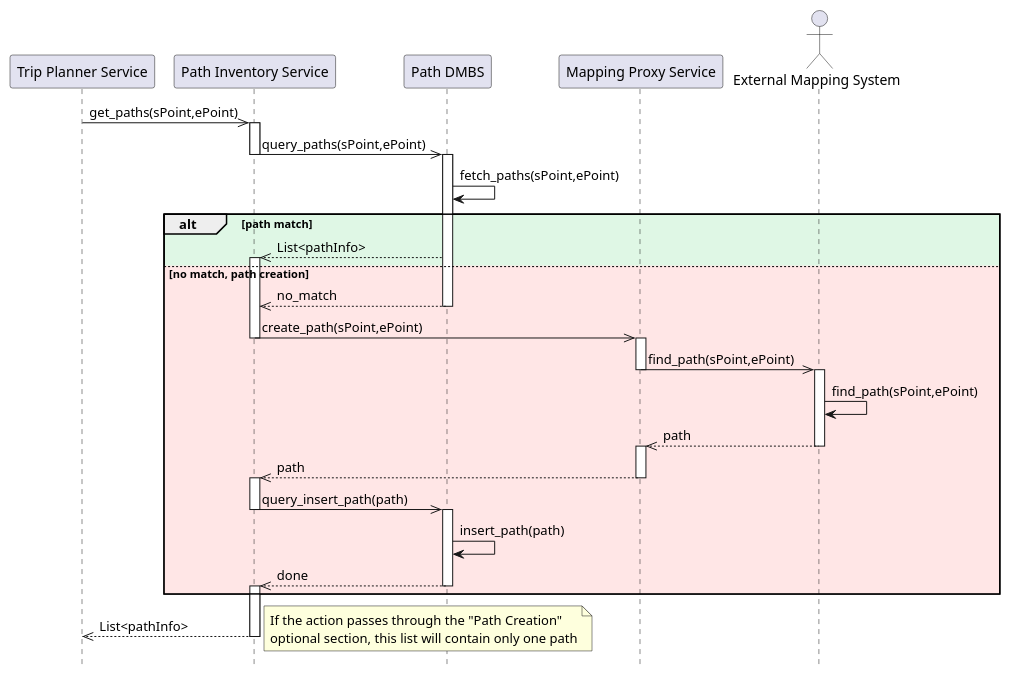
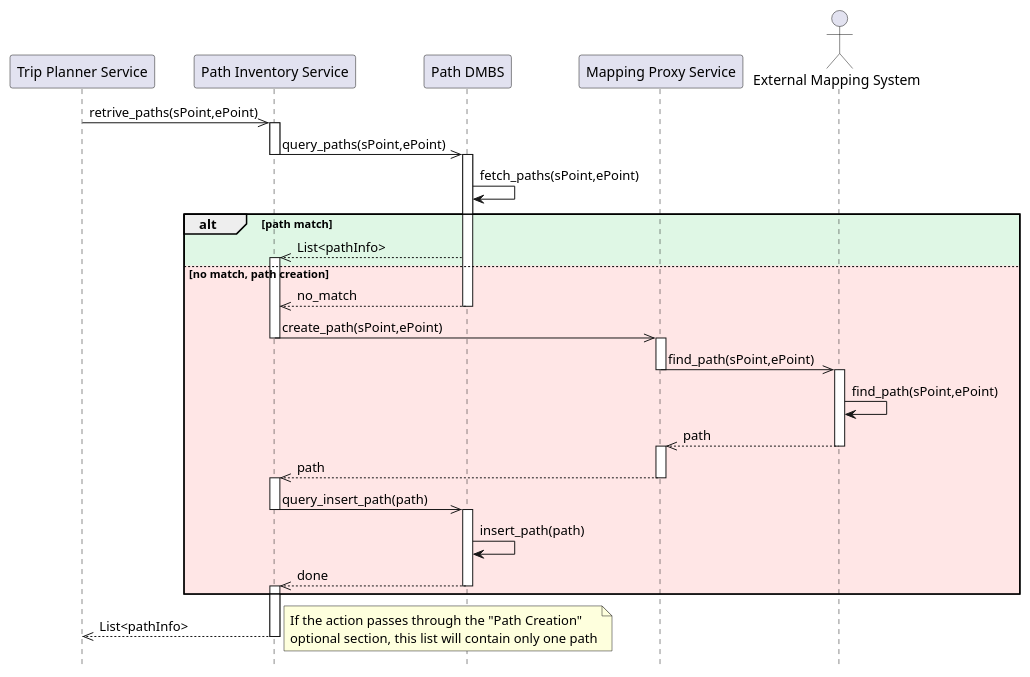
The diagram in diagrams/DD/sequenceDiagram/sd6.1_route_retrival.puml (Guflie/PoliMi-SWE2-RDD-project), drawn with PlantUML before and after one commit. The commit also changed 20 other files, not shown here.

```diff
--- a/diagrams/DD/sequenceDiagram/sd6.1_route_retrival.puml
+++ b/diagrams/DD/sequenceDiagram/sd6.1_route_retrival.puml
@@ -1,52 +1,52 @@
 @startuml sd6-1_route_retrival
 hide footbox
 
 participant "Trip Planner Service" as tb
 participant "Path Inventory Service" as pi
 participant "Path DMBS" as dbp
 participant "Mapping Proxy Service" as mp
 actor "External Mapping System" as ems
 
-tb ->> pi : get_paths(sPoint,ePoint)
+tb ->> pi : retrive_paths(sPoint,ePoint)
 activate pi
 pi ->> dbp : query_paths(sPoint,ePoint)
 deactivate pi
 activate dbp
 dbp -> dbp : fetch_paths(sPoint,ePoint)
 
 alt #dff7e5 path match
     dbp -->> pi : List<pathInfo>
     activate pi
 else #ffe6e6 no match, path creation
     dbp -->> pi : no_match
     deactivate dbp
     pi ->> mp : create_path(sPoint,ePoint)
     deactivate pi
     activate mp
     mp ->> ems : find_path(sPoint,ePoint)
     deactivate mp
     activate ems
     ems -> ems : find_path(sPoint,ePoint)
     ems -->> mp : path
     deactivate ems
     activate mp
     mp -->> pi : path
     deactivate mp
     activate pi
     pi ->> dbp : query_insert_path(path)
     deactivate pi
     activate dbp
     dbp -> dbp : insert_path(path)
     dbp -->> pi : done
     deactivate dbp
     activate pi
 end
 
 pi -->> tb : List<pathInfo>
 deactivate pi
 note right
 If the action passes through the "Path Creation"
 optional section, this list will contain only one path
 end note
 
 @enduml
```
